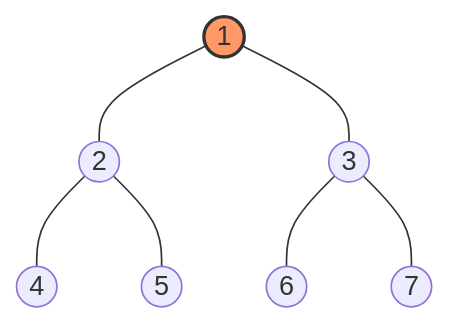
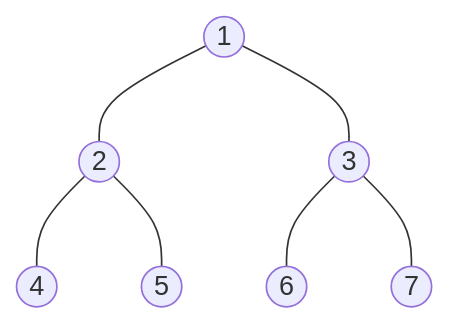
The third of 4 diagrams in docs/lessons/centroid-decomposition.md (FPTOJ-OJ/fptoj_wiki), drawn with Mermaid before and after one commit. The commit also changed other lines of this file and 18 other files, not shown here.

First line of the commit message:
fix: LaTeX errors, mermaid theme switching, remove custom colors

````diff
--- a/docs/lessons/centroid-decomposition.md
+++ b/docs/lessons/centroid-decomposition.md
@@ -158,11 +156,9 @@
 ```mermaid
 graph TD
     CT1((1)) --- CT2((2))
     CT1 --- CT3((3))
     CT2 --- CT4((4))
     CT2 --- CT5((5))
     CT3 --- CT6((6))
     CT3 --- CT7((7))
-
-    style CT1 fill:#f96,stroke:#333,stroke-width:2px
 ```
````
